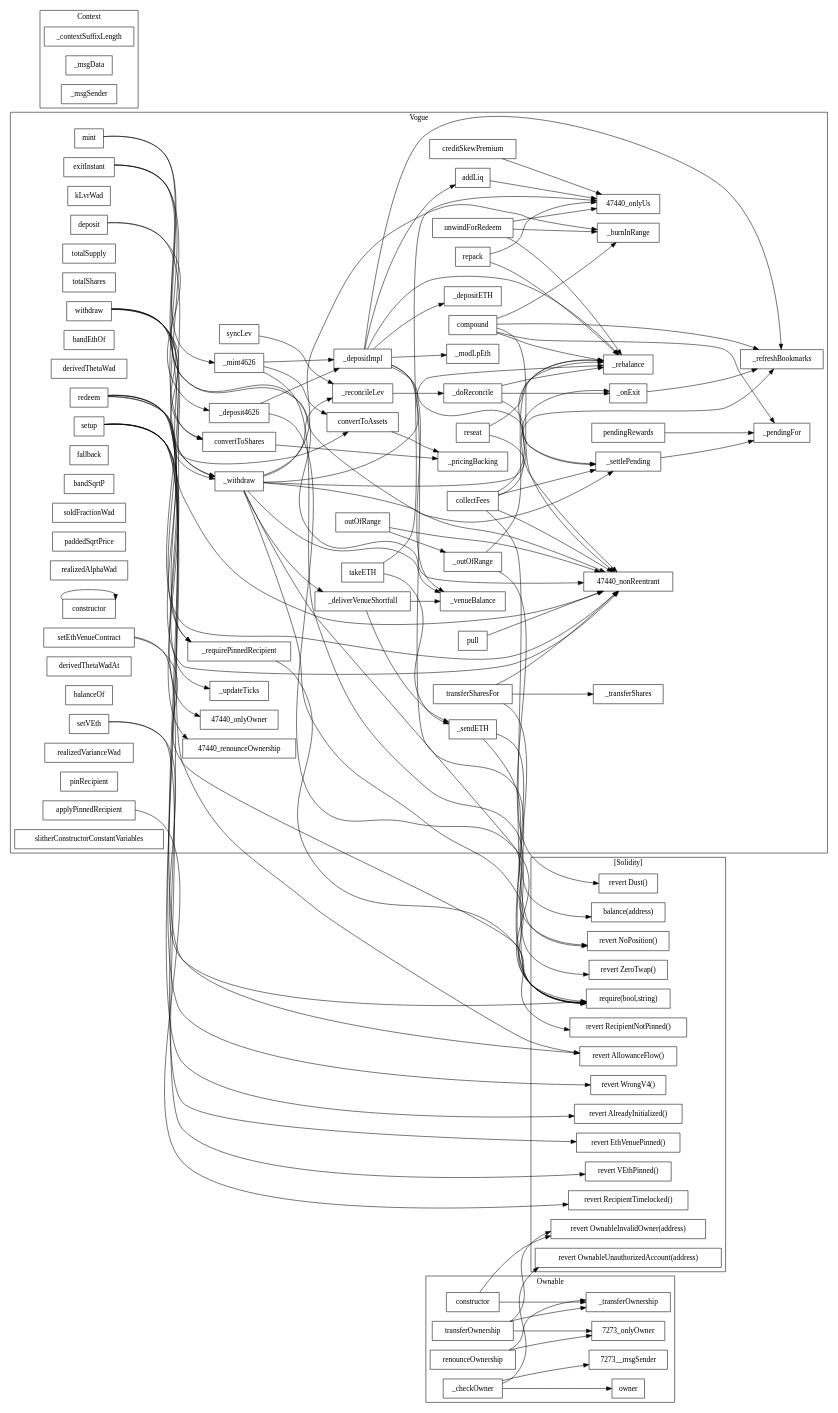
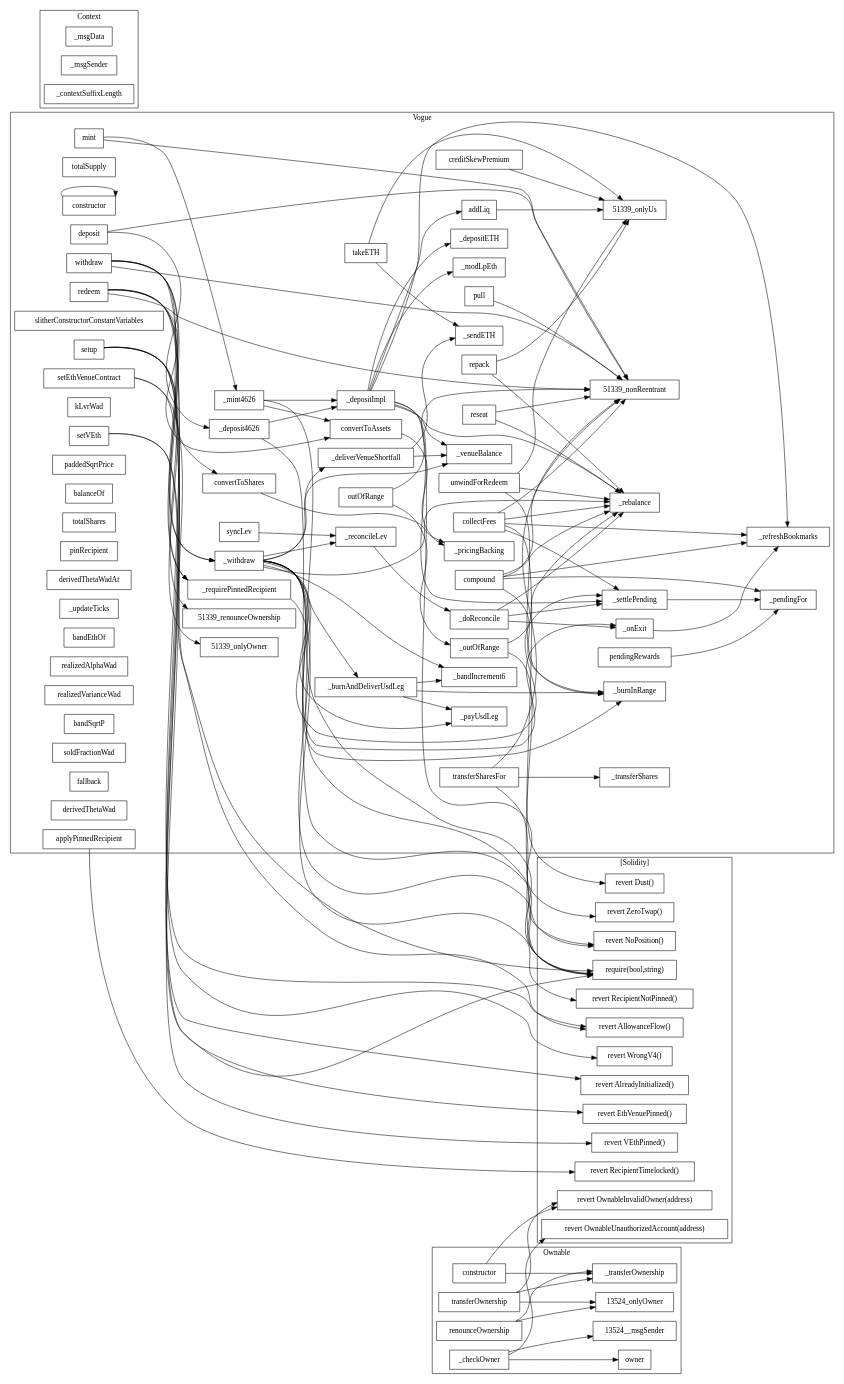
The diagram in evm/slither-out/...Vogue.call-graph.dot (quidmints/SPV), drawn with Graphviz before and after one commit. The commit also changed 145 other files, not shown here.

First line of the commit message:
Regenerate slither-out: the committed analysis was from Aug 4 and predated this session

```diff
--- a/evm/slither-out/...Vogue.call-graph.dot
+++ b/evm/slither-out/...Vogue.call-graph.dot
@@ -1,201 +1,202 @@
 strict digraph {
 rankdir="LR"
 node [shape=box]
-subgraph cluster_47440_Vogue {
+subgraph cluster_51339_Vogue {
 label = "Vogue"
-"47440_redeem" [label="redeem"]
-"47440__requirePinnedRecipient" [label="_requirePinnedRecipient"]
-"47440_unwindForRedeem" [label="unwindForRedeem"]
-"47440_reseat" [label="reseat"]
-"47440_withdraw" [label="withdraw"]
-"47440_kLvrWad" [label="kLvrWad"]
-"47440_compound" [label="compound"]
-"47440_mint" [label="mint"]
-"47440__refreshBookmarks" [label="_refreshBookmarks"]
-"47440__withdraw" [label="_withdraw"]
-"47440__depositImpl" [label="_depositImpl"]
-"47440__depositETH" [label="_depositETH"]
-"47440__transferShares" [label="_transferShares"]
-"47440__venueBalance" [label="_venueBalance"]
-"47440__modLpEth" [label="_modLpEth"]
-"47440_pendingRewards" [label="pendingRewards"]
-"47440__onExit" [label="_onExit"]
-"47440__sendETH" [label="_sendETH"]
-"47440__outOfRange" [label="_outOfRange"]
-"47440_creditSkewPremium" [label="creditSkewPremium"]
-"47440_totalSupply" [label="totalSupply"]
-"47440_pull" [label="pull"]
-"47440__updateTicks" [label="_updateTicks"]
-"47440_totalShares" [label="totalShares"]
-"47440_setEthVenueContract" [label="setEthVenueContract"]
-"47440_bandEthOf" [label="bandEthOf"]
-"47440_convertToAssets" [label="convertToAssets"]
-"47440__deliverVenueShortfall" [label="_deliverVenueShortfall"]
-"47440_derivedThetaWad" [label="derivedThetaWad"]
-"47440_takeETH" [label="takeETH"]
-"47440_deposit" [label="deposit"]
-"47440_setVEth" [label="setVEth"]
-"47440__reconcileLev" [label="_reconcileLev"]
-"47440__pricingBacking" [label="_pricingBacking"]
-"47440_repack" [label="repack"]
-"47440_fallback" [label="fallback"]
-"47440_bandSqrtP" [label="bandSqrtP"]
-"47440_addLiq" [label="addLiq"]
-"47440_transferSharesFor" [label="transferSharesFor"]
-"47440__pendingFor" [label="_pendingFor"]
-"47440_soldFractionWad" [label="soldFractionWad"]
-"47440__deposit4626" [label="_deposit4626"]
-"47440_paddedSqrtPrice" [label="paddedSqrtPrice"]
-"47440_realizedAlphaWad" [label="realizedAlphaWad"]
-"47440_constructor" [label="constructor"]
-"47440__burnInRange" [label="_burnInRange"]
-"47440_collectFees" [label="collectFees"]
-"47440_applyPinnedRecipient" [label="applyPinnedRecipient"]
-"47440_derivedThetaWadAt" [label="derivedThetaWadAt"]
-"47440_balanceOf" [label="balanceOf"]
-"47440__mint4626" [label="_mint4626"]
-"47440_setup" [label="setup"]
-"47440_realizedVarianceWad" [label="realizedVarianceWad"]
-"47440_outOfRange" [label="outOfRange"]
-"47440_pinRecipient" [label="pinRecipient"]
-"47440__rebalance" [label="_rebalance"]
-"47440_syncLev" [label="syncLev"]
-"47440_exitInstant" [label="exitInstant"]
-"47440_slitherConstructorConstantVariables" [label="slitherConstructorConstantVariables"]
-"47440__doReconcile" [label="_doReconcile"]
-"47440__settlePending" [label="_settlePending"]
-"47440_convertToShares" [label="convertToShares"]
-"47440_exitInstant" -> "47440__withdraw"
-"47440__reconcileLev" -> "47440__doReconcile"
-"47440_exitInstant" -> "47440_nonReentrant"
-"47440_collectFees" -> "47440__refreshBookmarks"
-"47440_convertToShares" -> "47440__pricingBacking"
-"47440__deliverVenueShortfall" -> "47440__venueBalance"
-"47440__mint4626" -> "47440_convertToAssets"
-"47440_repack" -> "47440_onlyUs"
-"47440_pull" -> "47440_nonReentrant"
-"47440__onExit" -> "47440__refreshBookmarks"
-"47440_unwindForRedeem" -> "47440__rebalance"
-"47440_mint" -> "47440__mint4626"
-"47440_mint" -> "47440_nonReentrant"
-"47440_compound" -> "47440__pendingFor"
-"47440_setup" -> "47440__updateTicks"
-"47440__outOfRange" -> "47440__rebalance"
-"47440_deposit" -> "47440__deposit4626"
-"47440_unwindForRedeem" -> "47440_onlyUs"
-"47440_redeem" -> "47440_convertToAssets"
-"47440__depositImpl" -> "47440__depositETH"
-"47440_syncLev" -> "47440__reconcileLev"
-"47440_pendingRewards" -> "47440__pendingFor"
-"47440_addLiq" -> "47440_onlyUs"
-"47440_withdraw" -> "47440_nonReentrant"
-"47440_compound" -> "47440__refreshBookmarks"
-"47440_redeem" -> "47440__withdraw"
-"47440_outOfRange" -> "47440_nonReentrant"
-"47440_transferSharesFor" -> "47440_nonReentrant"
-"47440__withdraw" -> "47440__onExit"
-"47440__withdraw" -> "47440__settlePending"
-"47440__mint4626" -> "47440__depositImpl"
-"47440_withdraw" -> "47440__withdraw"
-"47440_compound" -> "47440__rebalance"
-"47440_creditSkewPremium" -> "47440_onlyUs"
-"47440_deposit" -> "47440_nonReentrant"
-"47440_setup" -> "47440_renounceOwnership"
-"47440__depositImpl" -> "47440__refreshBookmarks"
-"47440_takeETH" -> "47440__sendETH"
-"47440_transferSharesFor" -> "47440__transferShares"
-"47440__settlePending" -> "47440__pendingFor"
-"47440__deliverVenueShortfall" -> "47440__sendETH"
-"47440__depositImpl" -> "47440__venueBalance"
-"47440_constructor" -> "47440_constructor"
-"47440__withdraw" -> "47440__venueBalance"
-"47440__withdraw" -> "47440__deliverVenueShortfall"
-"47440__doReconcile" -> "47440__rebalance"
-"47440_setup" -> "47440_onlyOwner"
-"47440_withdraw" -> "47440_convertToShares"
-"47440__depositImpl" -> "47440__rebalance"
-"47440_convertToAssets" -> "47440__pricingBacking"
-"47440__deposit4626" -> "47440__depositImpl"
-"47440_compound" -> "47440_nonReentrant"
-"47440_unwindForRedeem" -> "47440__burnInRange"
-"47440__depositImpl" -> "47440__modLpEth"
-"47440_takeETH" -> "47440_onlyUs"
-"47440_reseat" -> "47440_nonReentrant"
-"47440_outOfRange" -> "47440__outOfRange"
-"47440_repack" -> "47440__rebalance"
-"47440_redeem" -> "47440_nonReentrant"
-"47440__withdraw" -> "47440__rebalance"
-"47440_withdraw" -> "47440__requirePinnedRecipient"
-"47440_collectFees" -> "47440__settlePending"
-"47440_collectFees" -> "47440__rebalance"
-"47440__withdraw" -> "47440__burnInRange"
-"47440__doReconcile" -> "47440__settlePending"
-"47440__doReconcile" -> "47440__onExit"
-"47440_compound" -> "47440__burnInRange"
-"47440_redeem" -> "47440__requirePinnedRecipient"
-"47440_reseat" -> "47440__rebalance"
-"47440_collectFees" -> "47440_nonReentrant"
-"47440__depositImpl" -> "47440__settlePending"
-"47440__withdraw" -> "47440__reconcileLev"
-"47440_exitInstant" -> "47440_convertToShares"
-}subgraph cluster_7273_Ownable {
+"51339__outOfRange" [label="_outOfRange"]
+"51339__pricingBacking" [label="_pricingBacking"]
+"51339_redeem" [label="redeem"]
+"51339_pendingRewards" [label="pendingRewards"]
+"51339_collectFees" [label="collectFees"]
+"51339_takeETH" [label="takeETH"]
+"51339_totalSupply" [label="totalSupply"]
+"51339_constructor" [label="constructor"]
+"51339_mint" [label="mint"]
+"51339_addLiq" [label="addLiq"]
+"51339__reconcileLev" [label="_reconcileLev"]
+"51339_outOfRange" [label="outOfRange"]
+"51339__refreshBookmarks" [label="_refreshBookmarks"]
+"51339__depositImpl" [label="_depositImpl"]
+"51339_setEthVenueContract" [label="setEthVenueContract"]
+"51339_deposit" [label="deposit"]
+"51339__venueBalance" [label="_venueBalance"]
+"51339__modLpEth" [label="_modLpEth"]
+"51339_unwindForRedeem" [label="unwindForRedeem"]
+"51339_reseat" [label="reseat"]
+"51339__transferShares" [label="_transferShares"]
+"51339_slitherConstructorConstantVariables" [label="slitherConstructorConstantVariables"]
+"51339_repack" [label="repack"]
+"51339_setVEth" [label="setVEth"]
+"51339_setup" [label="setup"]
+"51339__settlePending" [label="_settlePending"]
+"51339__mint4626" [label="_mint4626"]
+"51339_kLvrWad" [label="kLvrWad"]
+"51339_withdraw" [label="withdraw"]
+"51339__deliverVenueShortfall" [label="_deliverVenueShortfall"]
+"51339_paddedSqrtPrice" [label="paddedSqrtPrice"]
+"51339_balanceOf" [label="balanceOf"]
+"51339_totalShares" [label="totalShares"]
+"51339_pinRecipient" [label="pinRecipient"]
+"51339__bandIncrement6" [label="_bandIncrement6"]
+"51339__payUsdLeg" [label="_payUsdLeg"]
+"51339_derivedThetaWadAt" [label="derivedThetaWadAt"]
+"51339__requirePinnedRecipient" [label="_requirePinnedRecipient"]
+"51339__doReconcile" [label="_doReconcile"]
+"51339_creditSkewPremium" [label="creditSkewPremium"]
+"51339__rebalance" [label="_rebalance"]
+"51339__sendETH" [label="_sendETH"]
+"51339__updateTicks" [label="_updateTicks"]
+"51339__depositETH" [label="_depositETH"]
+"51339_syncLev" [label="syncLev"]
+"51339_compound" [label="compound"]
+"51339_bandEthOf" [label="bandEthOf"]
+"51339_realizedAlphaWad" [label="realizedAlphaWad"]
+"51339__withdraw" [label="_withdraw"]
+"51339__burnAndDeliverUsdLeg" [label="_burnAndDeliverUsdLeg"]
+"51339_realizedVarianceWad" [label="realizedVarianceWad"]
+"51339_bandSqrtP" [label="bandSqrtP"]
+"51339_convertToShares" [label="convertToShares"]
+"51339_soldFractionWad" [label="soldFractionWad"]
+"51339_transferSharesFor" [label="transferSharesFor"]
+"51339__deposit4626" [label="_deposit4626"]
+"51339_convertToAssets" [label="convertToAssets"]
+"51339__burnInRange" [label="_burnInRange"]
+"51339_fallback" [label="fallback"]
+"51339_pull" [label="pull"]
+"51339_derivedThetaWad" [label="derivedThetaWad"]
+"51339__pendingFor" [label="_pendingFor"]
+"51339_applyPinnedRecipient" [label="applyPinnedRecipient"]
+"51339__onExit" [label="_onExit"]
+"51339_pull" -> "51339_nonReentrant"
+"51339_setup" -> "51339_onlyOwner"
+"51339_unwindForRedeem" -> "51339__burnInRange"
+"51339_deposit" -> "51339_nonReentrant"
+"51339_collectFees" -> "51339__rebalance"
+"51339_creditSkewPremium" -> "51339_onlyUs"
+"51339__depositImpl" -> "51339__settlePending"
+"51339_unwindForRedeem" -> "51339__rebalance"
+"51339_compound" -> "51339__rebalance"
+"51339__withdraw" -> "51339__settlePending"
+"51339__onExit" -> "51339__refreshBookmarks"
+"51339_compound" -> "51339__pendingFor"
+"51339__doReconcile" -> "51339__settlePending"
+"51339__depositImpl" -> "51339__modLpEth"
+"51339_outOfRange" -> "51339__outOfRange"
+"51339_reseat" -> "51339__rebalance"
+"51339_withdraw" -> "51339__requirePinnedRecipient"
+"51339_collectFees" -> "51339_nonReentrant"
+"51339_compound" -> "51339__burnInRange"
+"51339__deliverVenueShortfall" -> "51339__venueBalance"
+"51339_mint" -> "51339__mint4626"
+"51339__depositImpl" -> "51339__refreshBookmarks"
+"51339_unwindForRedeem" -> "51339_onlyUs"
+"51339_withdraw" -> "51339_convertToShares"
+"51339__withdraw" -> "51339__venueBalance"
+"51339_collectFees" -> "51339__refreshBookmarks"
+"51339_redeem" -> "51339__withdraw"
+"51339_takeETH" -> "51339_onlyUs"
+"51339_repack" -> "51339__rebalance"
+"51339__mint4626" -> "51339__depositImpl"
+"51339_reseat" -> "51339_nonReentrant"
+"51339_redeem" -> "51339_nonReentrant"
+"51339_setup" -> "51339_renounceOwnership"
+"51339_convertToAssets" -> "51339__pricingBacking"
+"51339_transferSharesFor" -> "51339__transferShares"
+"51339__withdraw" -> "51339__burnInRange"
+"51339__depositImpl" -> "51339__venueBalance"
+"51339__withdraw" -> "51339__rebalance"
+"51339__withdraw" -> "51339__bandIncrement6"
+"51339_addLiq" -> "51339_onlyUs"
+"51339__mint4626" -> "51339_convertToAssets"
+"51339_collectFees" -> "51339__settlePending"
+"51339__deliverVenueShortfall" -> "51339__sendETH"
+"51339_pendingRewards" -> "51339__pendingFor"
+"51339_compound" -> "51339__refreshBookmarks"
+"51339__depositImpl" -> "51339__depositETH"
+"51339_outOfRange" -> "51339_nonReentrant"
+"51339__doReconcile" -> "51339__rebalance"
+"51339_redeem" -> "51339_convertToAssets"
+"51339__burnAndDeliverUsdLeg" -> "51339__burnInRange"
+"51339_compound" -> "51339_nonReentrant"
+"51339__settlePending" -> "51339__pendingFor"
+"51339__burnAndDeliverUsdLeg" -> "51339__bandIncrement6"
+"51339__depositImpl" -> "51339__rebalance"
+"51339_mint" -> "51339_nonReentrant"
+"51339__deposit4626" -> "51339__depositImpl"
+"51339_withdraw" -> "51339__withdraw"
+"51339__withdraw" -> "51339__payUsdLeg"
+"51339_takeETH" -> "51339__sendETH"
+"51339__reconcileLev" -> "51339__doReconcile"
+"51339_convertToShares" -> "51339__pricingBacking"
+"51339_repack" -> "51339_onlyUs"
+"51339_constructor" -> "51339_constructor"
+"51339__doReconcile" -> "51339__onExit"
+"51339_redeem" -> "51339__requirePinnedRecipient"
+"51339__withdraw" -> "51339__reconcileLev"
+"51339_transferSharesFor" -> "51339_nonReentrant"
+"51339_withdraw" -> "51339_nonReentrant"
+"51339__withdraw" -> "51339__burnAndDeliverUsdLeg"
+"51339__withdraw" -> "51339__onExit"
+"51339_deposit" -> "51339__deposit4626"
+"51339__outOfRange" -> "51339__rebalance"
+"51339_syncLev" -> "51339__reconcileLev"
+"51339__withdraw" -> "51339__deliverVenueShortfall"
+"51339__burnAndDeliverUsdLeg" -> "51339__payUsdLeg"
+}subgraph cluster_13524_Ownable {
 label = "Ownable"
-"7273_renounceOwnership" [label="renounceOwnership"]
-"7273_constructor" [label="constructor"]
-"7273_owner" [label="owner"]
-"7273__transferOwnership" [label="_transferOwnership"]
-"7273__checkOwner" [label="_checkOwner"]
-"7273_transferOwnership" [label="transferOwnership"]
-"7273__checkOwner" -> "7273__msgSender"
-"7273_constructor" -> "7273__transferOwnership"
-"7273_renounceOwnership" -> "7273_onlyOwner"
-"7273_transferOwnership" -> "7273__transferOwnership"
-"7273__checkOwner" -> "7273_owner"
-"7273_renounceOwnership" -> "7273__transferOwnership"
-"7273_transferOwnership" -> "7273_onlyOwner"
-}subgraph cluster_8892_Context {
+"13524_transferOwnership" [label="transferOwnership"]
+"13524__transferOwnership" [label="_transferOwnership"]
+"13524_owner" [label="owner"]
+"13524_constructor" [label="constructor"]
+"13524__checkOwner" [label="_checkOwner"]
+"13524_renounceOwnership" [label="renounceOwnership"]
+"13524_constructor" -> "13524__transferOwnership"
+"13524__checkOwner" -> "13524__msgSender"
+"13524__checkOwner" -> "13524_owner"
+"13524_transferOwnership" -> "13524_onlyOwner"
+"13524_transferOwnership" -> "13524__transferOwnership"
+"13524_renounceOwnership" -> "13524_onlyOwner"
+"13524_renounceOwnership" -> "13524__transferOwnership"
+}subgraph cluster_15143_Context {
 label = "Context"
-"8892__contextSuffixLength" [label="_contextSuffixLength"]
-"8892__msgData" [label="_msgData"]
-"8892__msgSender" [label="_msgSender"]
+"15143__msgData" [label="_msgData"]
+"15143__msgSender" [label="_msgSender"]
+"15143__contextSuffixLength" [label="_contextSuffixLength"]
 }subgraph cluster_solidity {
 label = "[Solidity]"
+"revert OwnableInvalidOwner(address)" 
+"revert RecipientTimelocked()" 
+"revert RecipientNotPinned()" 
+"revert Dust()" 
+"revert AllowanceFlow()" 
 "revert ZeroTwap()" 
 "revert OwnableUnauthorizedAccount(address)" 
-"revert AllowanceFlow()" 
-"balance(address)" 
 "revert EthVenuePinned()" 
-"revert RecipientNotPinned()" 
-"revert WrongV4()" 
-"revert Dust()" 
-"revert VEthPinned()" 
 "require(bool,string)" 
 "revert NoPosition()" 
-"revert RecipientTimelocked()" 
 "revert AlreadyInitialized()" 
-"revert OwnableInvalidOwner(address)" 
-"47440_setVEth" -> "require(bool,string)"
-"47440__mint4626" -> "require(bool,string)"
-"47440__outOfRange" -> "revert Dust()"
-"47440__sendETH" -> "balance(address)"
-"47440_withdraw" -> "revert AllowanceFlow()"
-"47440_setEthVenueContract" -> "revert EthVenuePinned()"
-"47440__withdraw" -> "revert NoPosition()"
-"47440_applyPinnedRecipient" -> "revert RecipientTimelocked()"
-"47440__sendETH" -> "require(bool,string)"
-"47440_setEthVenueContract" -> "require(bool,string)"
-"7273__checkOwner" -> "revert OwnableUnauthorizedAccount(address)"
-"7273_constructor" -> "revert OwnableInvalidOwner(address)"
-"47440__withdraw" -> "require(bool,string)"
-"47440__depositImpl" -> "revert ZeroTwap()"
-"47440_redeem" -> "revert AllowanceFlow()"
-"47440_setVEth" -> "revert VEthPinned()"
-"7273_transferOwnership" -> "revert OwnableInvalidOwner(address)"
-"47440__deposit4626" -> "require(bool,string)"
-"47440_setup" -> "revert WrongV4()"
-"47440_transferSharesFor" -> "require(bool,string)"
-"47440_setup" -> "revert AlreadyInitialized()"
-"47440_collectFees" -> "revert NoPosition()"
-"47440__requirePinnedRecipient" -> "revert RecipientNotPinned()"
-}"47440__depositImpl" -> "47440_addLiq"
+"revert VEthPinned()" 
+"revert WrongV4()" 
+"51339_setEthVenueContract" -> "require(bool,string)"
+"13524_transferOwnership" -> "revert OwnableInvalidOwner(address)"
+"51339_setEthVenueContract" -> "revert EthVenuePinned()"
+"13524__checkOwner" -> "revert OwnableUnauthorizedAccount(address)"
+"51339_applyPinnedRecipient" -> "revert RecipientTimelocked()"
+"51339_setup" -> "revert AlreadyInitialized()"
+"51339_transferSharesFor" -> "require(bool,string)"
+"51339_collectFees" -> "revert NoPosition()"
+"51339_setVEth" -> "require(bool,string)"
+"51339_setVEth" -> "revert VEthPinned()"
+"13524_constructor" -> "revert OwnableInvalidOwner(address)"
+"51339_withdraw" -> "revert AllowanceFlow()"
+"51339__withdraw" -> "require(bool,string)"
+"51339__requirePinnedRecipient" -> "revert RecipientNotPinned()"
+"51339__depositImpl" -> "revert ZeroTwap()"
+"51339_redeem" -> "revert AllowanceFlow()"
+"51339__deposit4626" -> "require(bool,string)"
+"51339__mint4626" -> "require(bool,string)"
+"51339__withdraw" -> "revert NoPosition()"
+"51339_setup" -> "revert WrongV4()"
+"51339__outOfRange" -> "revert Dust()"
+}"51339__depositImpl" -> "51339_addLiq"
 }
```
